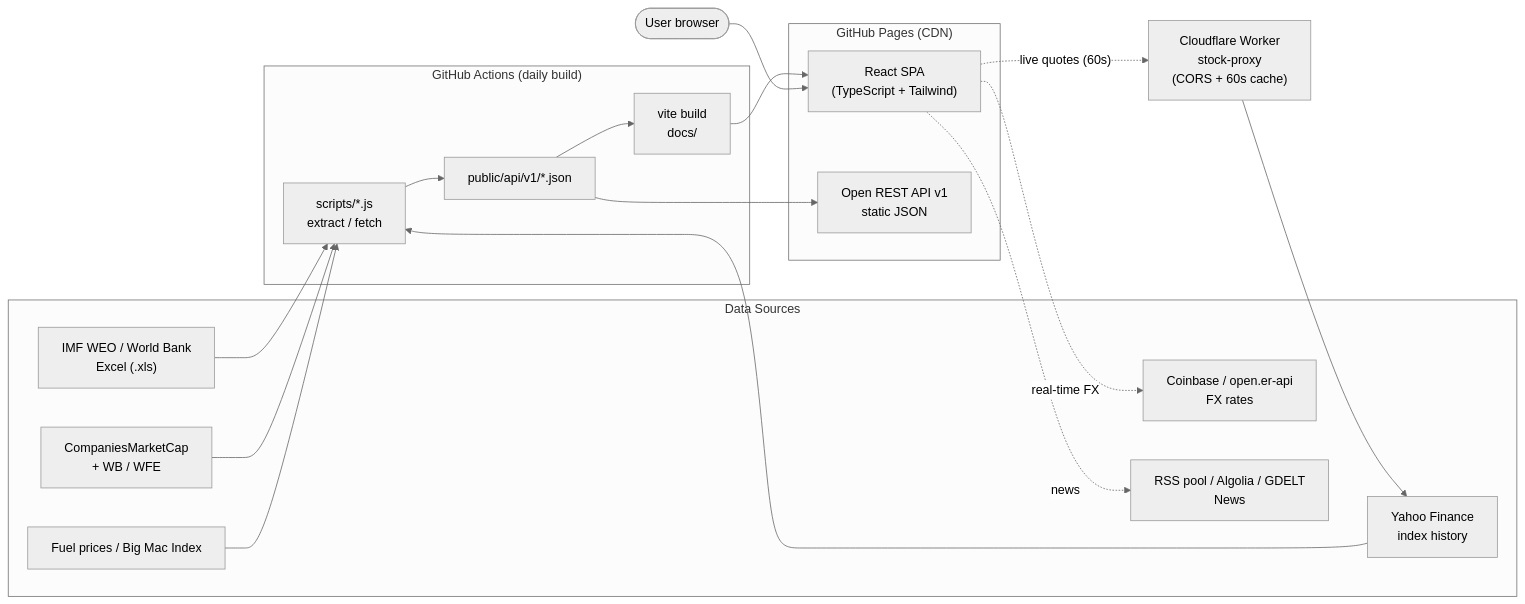
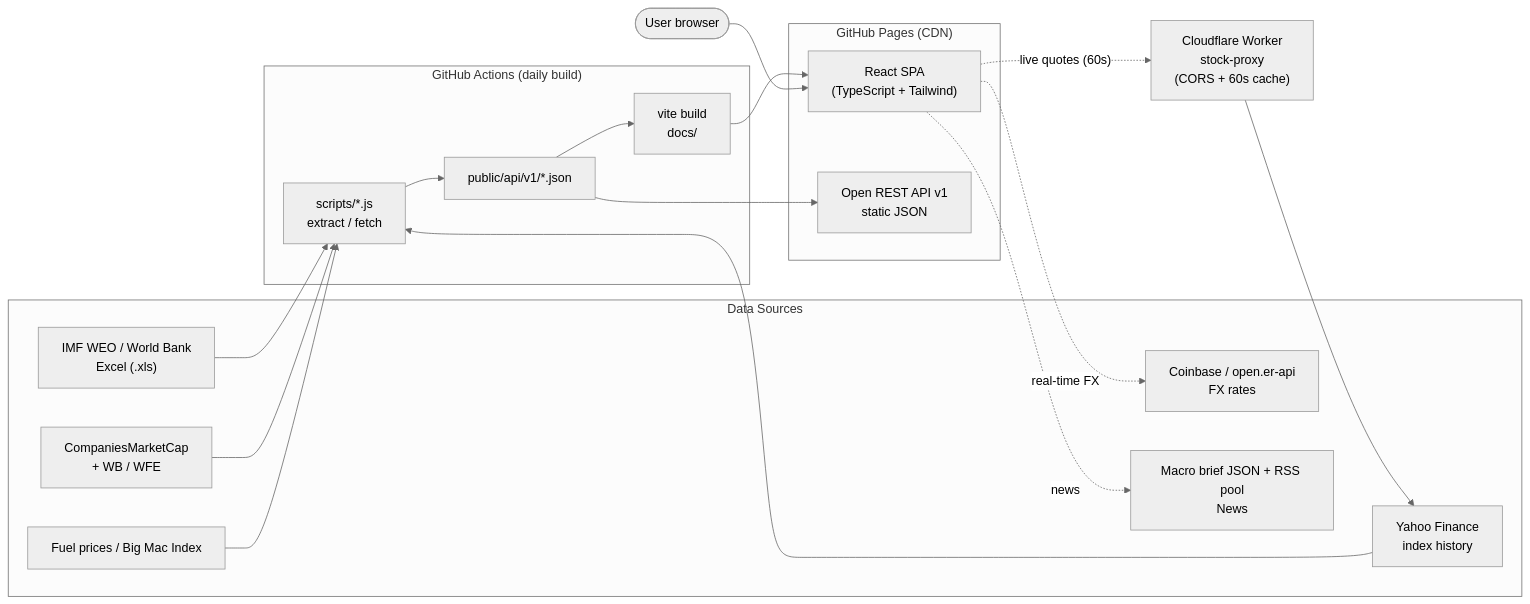
One commit to silverogic/geonomics changed the diagram in README.md. Above: the diagram before and after it, drawn with Mermaid (neutral theme). The commit also changed other lines of this file and 2 other files, not shown here.

Commit message:
docs: update news sources (macro brief + RSS pool) in READMEs

````diff
--- a/README.md
+++ b/README.md
@@ -109,38 +109,38 @@
 ```mermaid
 flowchart LR
   subgraph SRC["Data Sources"]
     S1["IMF WEO / World Bank<br/>Excel (.xls)"]
     S2["Yahoo Finance<br/>index history"]
     S3["CompaniesMarketCap<br/>+ WB / WFE"]
     S4["Fuel prices / Big Mac Index"]
     S5["Coinbase / open.er-api<br/>FX rates"]
-    S6["RSS pool / Algolia / GDELT<br/>News"]
+    S6["Macro brief JSON + RSS pool<br/>News"]
   end
 
   subgraph CI["GitHub Actions (daily build)"]
     P1["scripts/*.js<br/>extract / fetch"]
     P2["public/api/v1/*.json"]
     P3["vite build<br/>docs/"]
   end
 
   subgraph HOST["GitHub Pages (CDN)"]
     WEB["React SPA<br/>(TypeScript + Tailwind)"]
     API["Open REST API v1<br/>static JSON"]
   end
 
   W["Cloudflare Worker<br/>stock-proxy<br/>(CORS + 60s cache)"]
   U(["User browser"])
 
   S1 --> P1
   S2 --> P1
   S3 --> P1
   S4 --> P1
   P1 --> P2 --> P3 --> WEB
   P2 --> API
 
   U --> WEB
   WEB -. "live quotes (60s)" .-> W
   W --> S2
   WEB -. "real-time FX" .-> S5
   WEB -. "news" .-> S6
 ```
````
